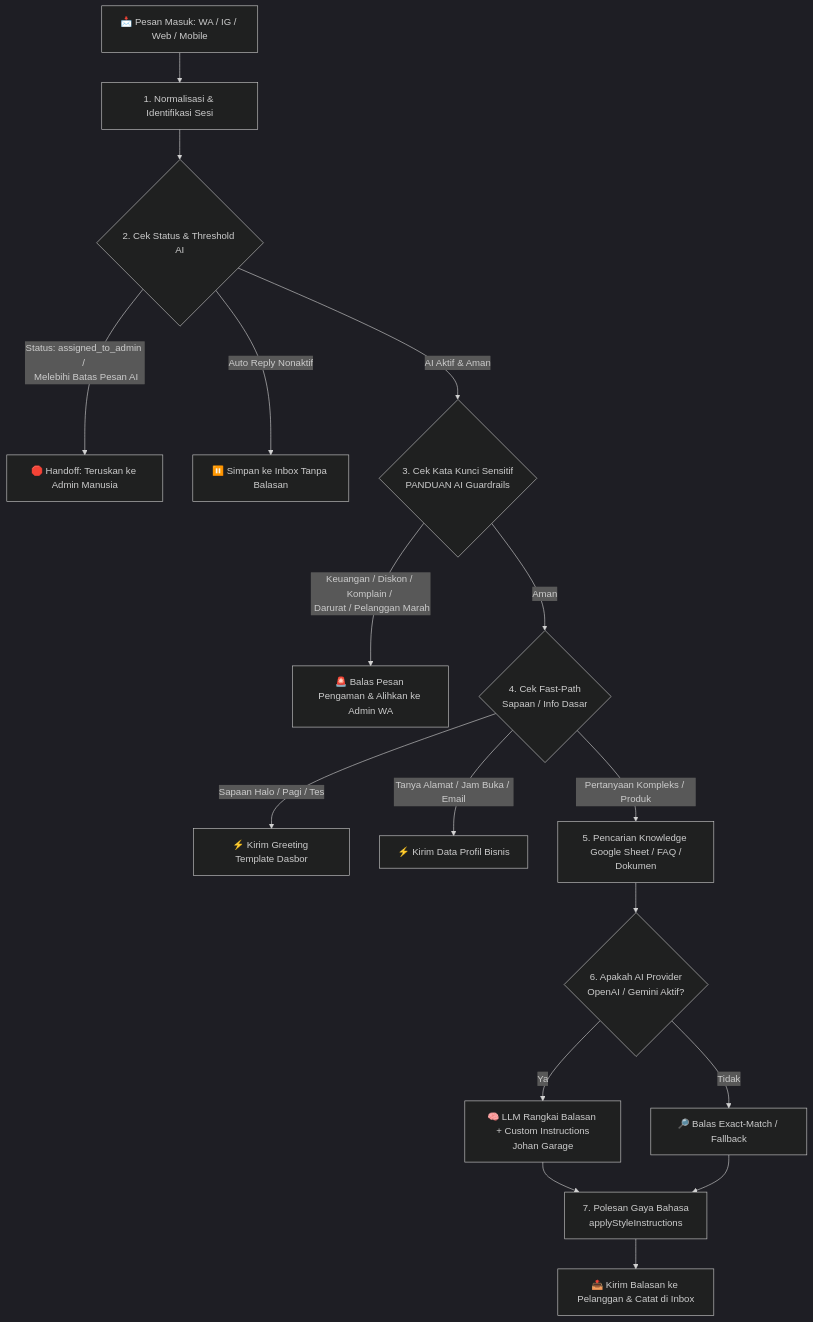
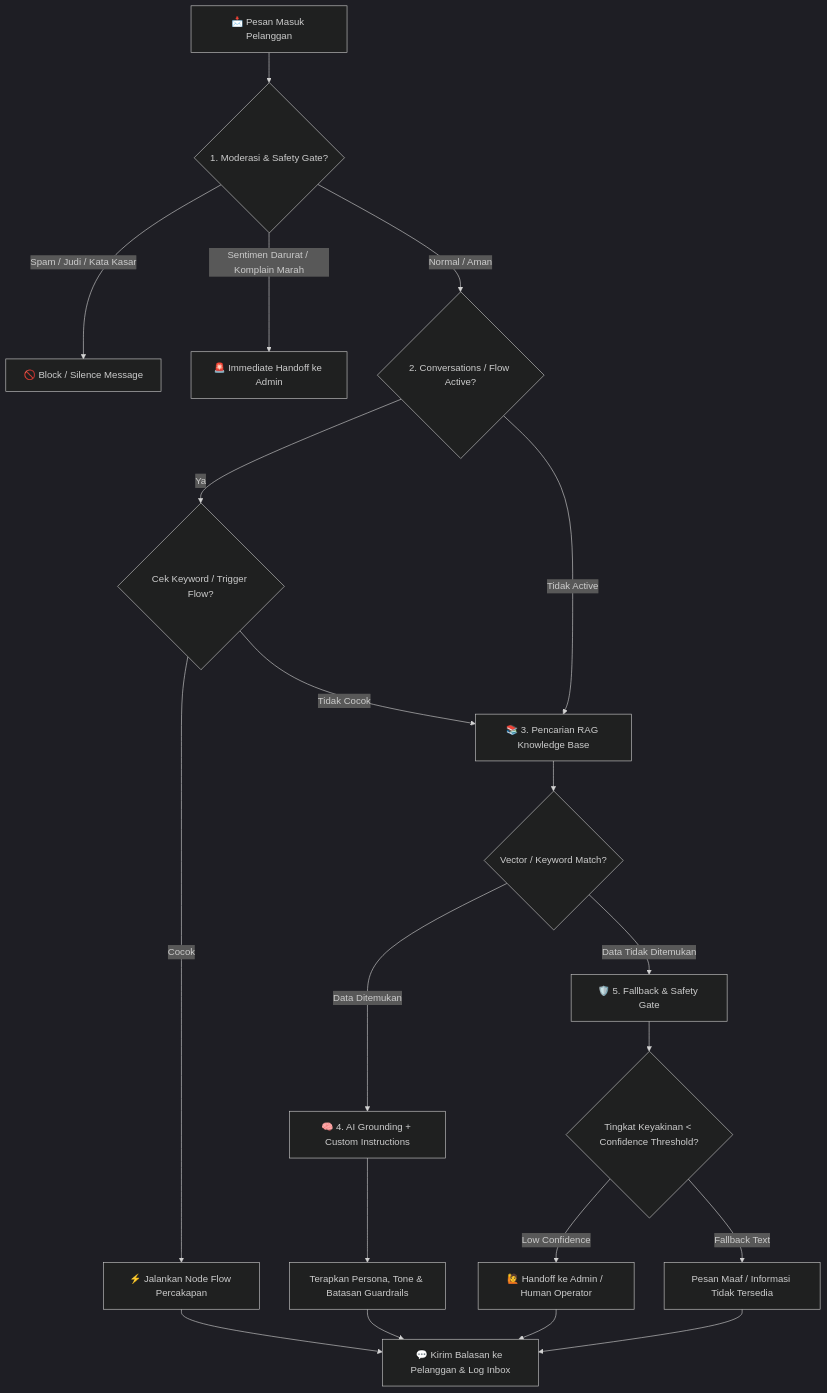
Before and after one commit to Rizkymema/Balasin-Ai: the diagram in flowchatbot.md, drawn with Mermaid (dark theme). The commit also changed other lines of this file, not shown here.

Commit message:
docs: refine flowchatbot.md architecture flow and mermaid diagrams

````diff
--- a/flowchatbot.md
+++ b/flowchatbot.md
@@ -9,24 +9,35 @@
 ```mermaid
-graph TD
-    A[📩 Pesan Masuk: WA / IG / Web / Mobile] --> B[1. Normalisasi & Identifikasi Sesi]
-    B --> C{2. Cek Status & Threshold AI}
+flowchart TD
+    A[📩 Pesan Masuk Pelanggan] --> B{1. Moderasi & Safety Gate?}
     
-    C -- Status: assigned_to_admin / <br/> Melebihi Batas Pesan AI --> D[🛑 Handoff: Teruskan ke Admin Manusia]
-    C -- Auto Reply Nonaktif --> E[⏸️ Simpan ke Inbox Tanpa Balasan]
-    C -- AI Aktif & Aman --> F{3. Cek Kata Kunci Sensitif <br/> PANDUAN AI Guardrails}
+    %% Moderasi Spam / Emosi
+    B -- Spam / Judi / Kata Kasar --> B1[🚫 Block / Silence Message]
+    B -- Sentimen Darurat / Komplain Marah --> B2[🚨 Immediate Handoff ke Admin]
     
-    F -- Keuangan / Diskon / Komplain / <br/> Darurat / Pelanggan Marah --> G[🚨 Balas Pesan Pengaman & Alihkan ke Admin WA]
-    F -- Aman --> H{4. Cek Fast-Path <br/> Sapaan / Info Dasar}
+    %% Alur Normal
+    B -- Normal / Aman --> C{2. Conversations / Flow Active?}
     
-    H -- Sapaan Halo / Pagi / Tes --> I[⚡ Kirim Greeting Template Dasbor]
-    H -- Tanya Alamat / Jam Buka / Email --> J[⚡ Kirim Data Profil Bisnis]
-    H -- Pertanyaan Kompleks / Produk --> K[5. Pencarian Knowledge <br/> Google Sheet / FAQ / Dokumen]
+    %% Branch Conversations (Prioritas 1)
+    C -- Ya --> C1{Cek Keyword / Trigger Flow?}
+    C1 -- Cocok --> C2[⚡ Jalankan Node Flow Percakapan]
+    C2 --> H[💬 Kirim Balasan ke Pelanggan & Log Inbox]
     
-    K --> L{6. Apakah AI Provider <br/> OpenAI / Gemini Aktif?}
-    L -- Ya --> M[🧠 LLM Rangkai Balasan <br/> + Custom Instructions Johan Garage]
-    L -- Tidak --> N[🔎 Balas Exact-Match / Fallback]
+    %% Branch RAG Knowledge Base (Prioritas 2)
+    C1 -- Tidak Cocok --> D
+    C -- Tidak Active --> D[📚 3. Pencarian RAG Knowledge Base]
     
-    M --> O[7. Polesan Gaya Bahasa <br/> applyStyleInstructions]
-    N --> O
-    O --> P[📤 Kirim Balasan ke Pelanggan & Catat di Inbox]
+    D --> E{Vector / Keyword Match?}
+    
+    %% Grounding AI (Prioritas 3)
+    E -- Data Ditemukan --> F[🧠 4. AI Grounding + Custom Instructions]
+    F --> F1[Terapkan Persona, Tone & Batasan Guardrails]
+    F1 --> H
+    
+    %% Fallback / Handoff (Prioritas 4)
+    E -- Data Tidak Ditemukan --> G[🛡️ 5. Fallback & Safety Gate]
+    G --> G1{Tingkat Keyakinan < Confidence Threshold?}
+    G1 -- Low Confidence --> G2[🙋 Handoff ke Admin / Human Operator]
+    G1 -- Fallback Text --> G3[Pesan Maaf / Informasi Tidak Tersedia]
+    G2 --> H
+    G3 --> H
 ```
````
